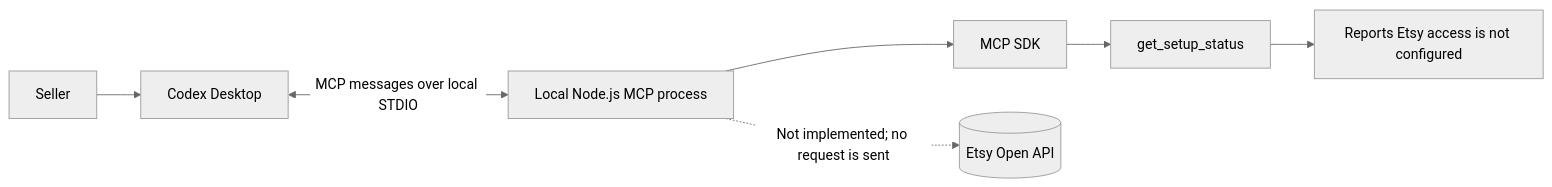
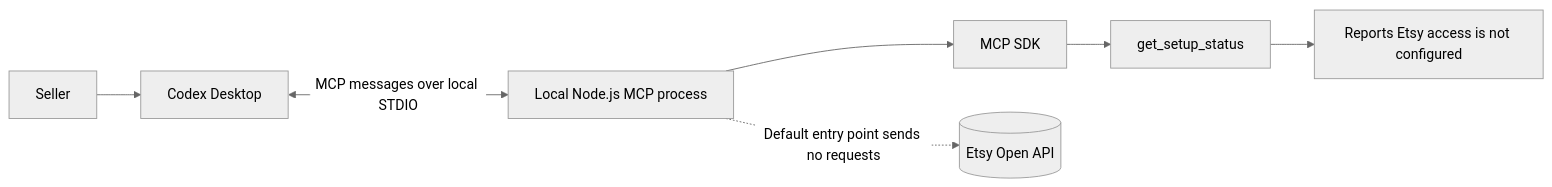
The first of 3 diagrams in docs/architecture.md (stevenfarmer/etsySellerAssistant), drawn with Mermaid (neutral theme) before and after one commit. The commit also changed other lines of this file and 10 other files, not shown here.

````diff
--- a/docs/architecture.md
+++ b/docs/architecture.md
@@ -10,9 +10,9 @@
 ```mermaid
 flowchart LR
   user[Seller] --> desktop[Codex Desktop]
   desktop <-->|MCP messages over local STDIO| process[Local Node.js MCP process]
   process --> sdk[MCP SDK]
   sdk --> tool[get_setup_status]
   tool --> response[Reports Etsy access is not configured]
-  process -. "Not implemented; no request is sent" .-> api[(Etsy Open API)]
+  process -. "Default entry point sends no requests" .-> api[(Etsy Open API)]
 ```
````
